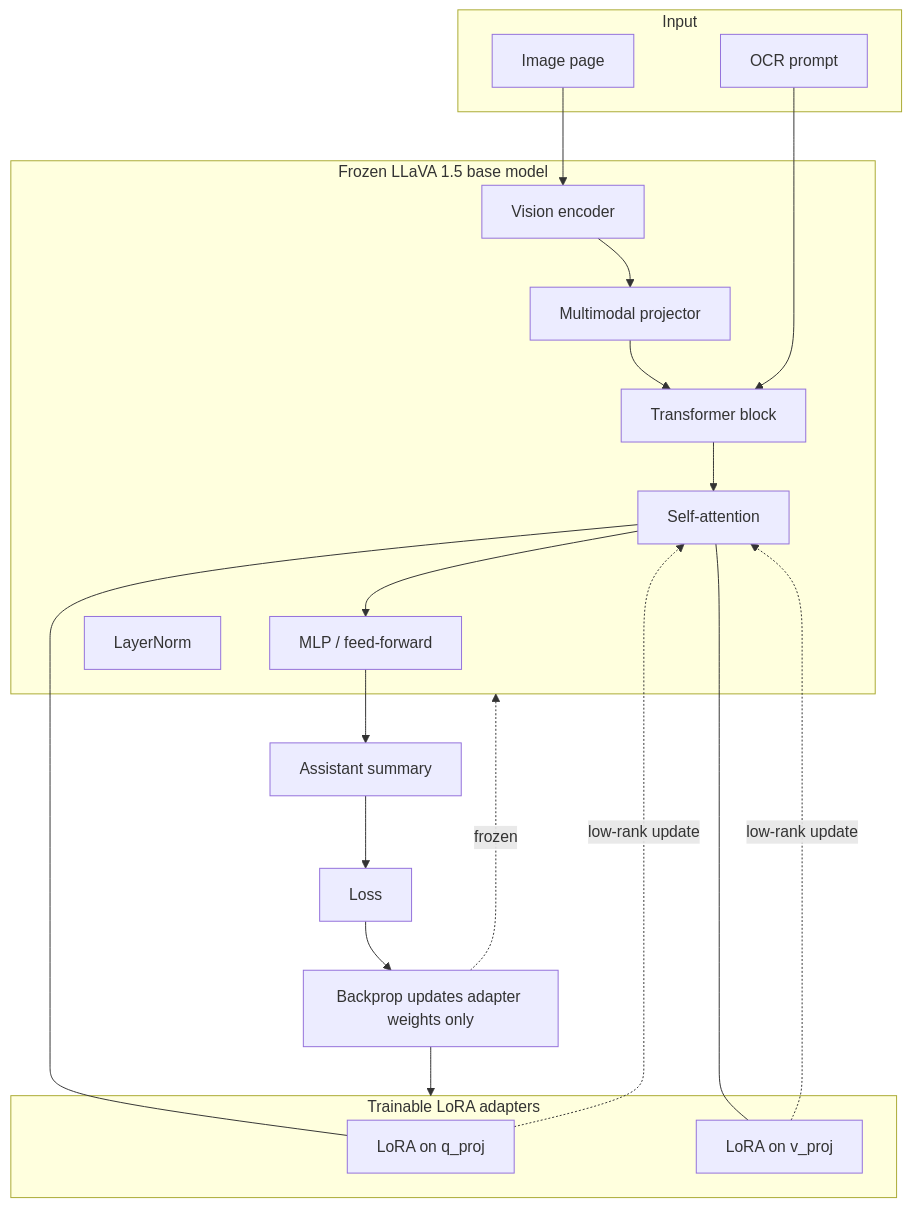
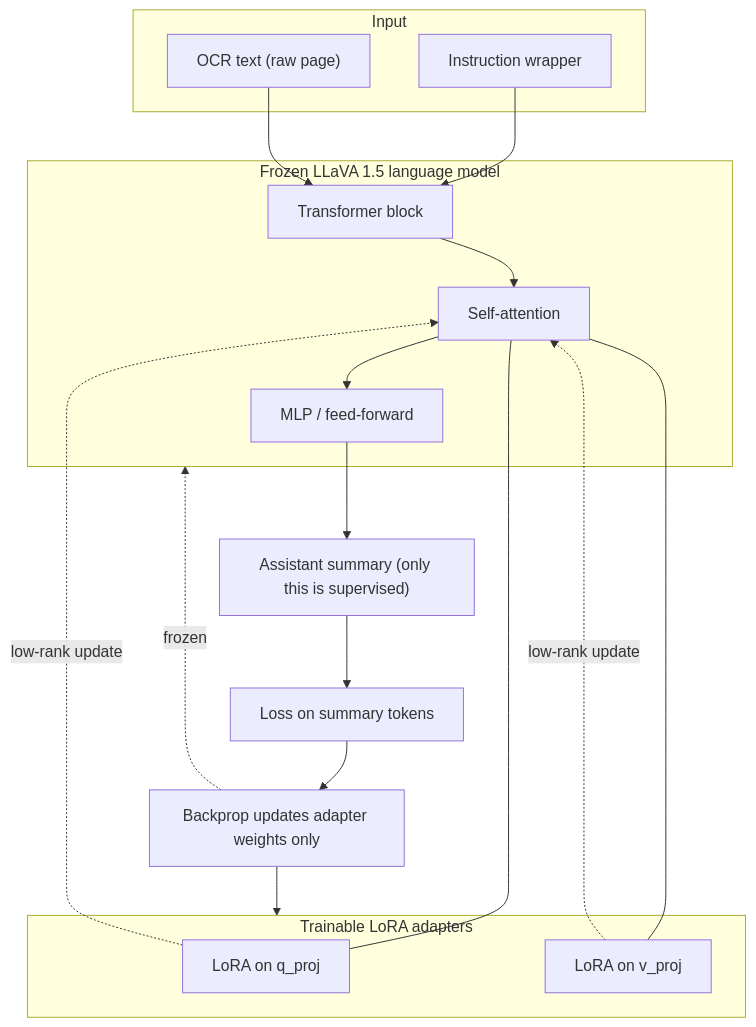
Before and after one commit to vecnode/pre-training: the diagram in training/README.md, drawn with Mermaid. The commit also changed other lines of this file and 4 other files, not shown here.

````diff
--- a/training/README.md
+++ b/training/README.md
@@ -35,35 +47,32 @@
 ```mermaid
 flowchart TB
 	subgraph Input
-		I1[Image page]
-		T1[OCR prompt]
+		T1["OCR text (raw page)"]
+		I1["Instruction wrapper"]
 	end
 
-	subgraph FrozenBase["Frozen LLaVA 1.5 base model"]
-		E1[Vision encoder]
-		C1[Multimodal projector]
+	subgraph FrozenBase["Frozen LLaVA 1.5 language model"]
 		B1[Transformer block]
 		A1[Self-attention]
 		F1[MLP / feed-forward]
-		N1[LayerNorm]
 	end
 
 	subgraph Trainable["Trainable LoRA adapters"]
 		L1[LoRA on q_proj]
 		L2[LoRA on v_proj]
 	end
 
-	O1[Assistant summary]
-	G1[Loss]
+	O1["Assistant summary (only this is supervised)"]
+	G1[Loss on summary tokens]
 	U1[Backprop updates adapter weights only]
 
-	I1 --> E1 --> C1 --> B1 --> A1 --> F1 --> O1
-	T1 --> B1
+	I1 --> B1
+	T1 --> B1 --> A1 --> F1 --> O1
 	A1 --- L1
 	A1 --- L2
 	L1 -. low-rank update .-> A1
 	L2 -. low-rank update .-> A1
 	O1 --> G1 --> U1
 	U1 -. frozen .-> FrozenBase
 	U1 --> Trainable
 ```
````
